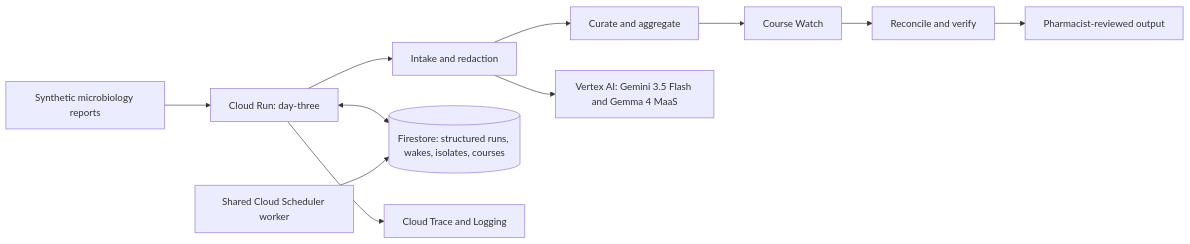
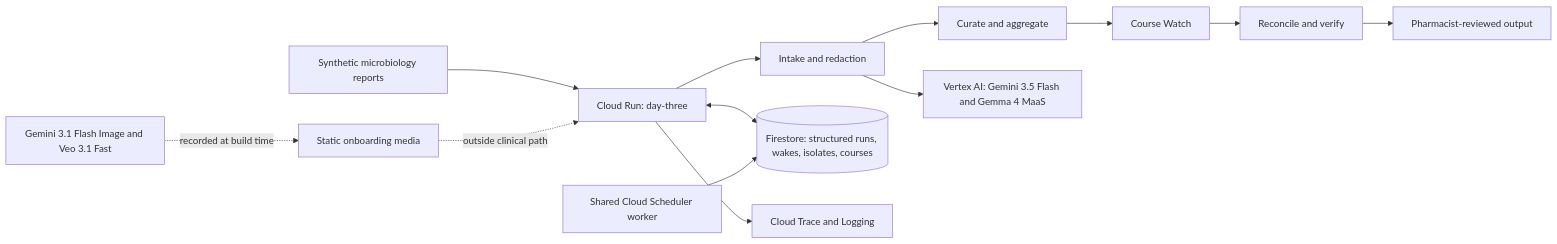
Before and after one commit to usv240/day-three: the diagram in README.md, drawn with Mermaid. The commit also changed other lines of this file and 18 other files, not shown here.

````diff
--- a/README.md
+++ b/README.md
@@ -48,13 +53,15 @@
 ```mermaid
 flowchart LR
     A[Synthetic microbiology reports] --> B[Cloud Run: day-three]
     B --> I[Intake and redaction]
     I --> C[Curate and aggregate]
     C --> W[Course Watch]
     W --> R[Reconcile and verify]
     B <--> F[(Firestore: structured runs, wakes, isolates, courses)]
     I --> V[Vertex AI: Gemini 3.5 Flash and Gemma 4 MaaS]
     S[Shared Cloud Scheduler worker] --> F
     B --> T[Cloud Trace and Logging]
     R --> H[Pharmacist-reviewed output]
+    M[Gemini 3.1 Flash Image and Veo 3.1 Fast] -. recorded at build time .-> O[Static onboarding media]
+    O -. outside clinical path .-> B
 ```
````
